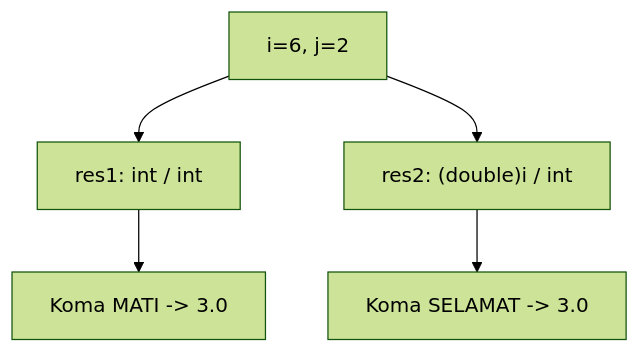
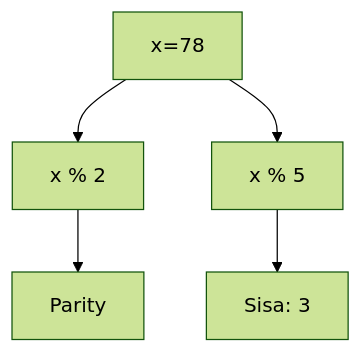
One commit to amnahwaida/OSNK_INF_PREP changed the tenth of 25 diagrams in part-c-pemahaman-cpp/01-tipe-data/latihan/set-06.md. Above: the diagram before and after it, drawn with Mermaid (forest theme). The commit also changed other lines of this file and 71 other files, not shown here.

````diff
--- a/part-c-pemahaman-cpp/01-tipe-data/latihan/set-06.md
+++ b/part-c-pemahaman-cpp/01-tipe-data/latihan/set-06.md
@@ -143,7 +296,7 @@
 ```mermaid
 graph TD
-    A["i=6, j=2"] --> B["res1: int / int"]
-    B --> C["Koma MATI -> 3.0"]
-    A --> D["res2: (double)i / int"]
-    D --> E["Koma SELAMAT -> 3.0"]
+A[x=78] --> B[x % 2]
+B --> C[Parity]
+A --> D[x % 5]
+D --> E[Sisa: 3]
 ```
````
